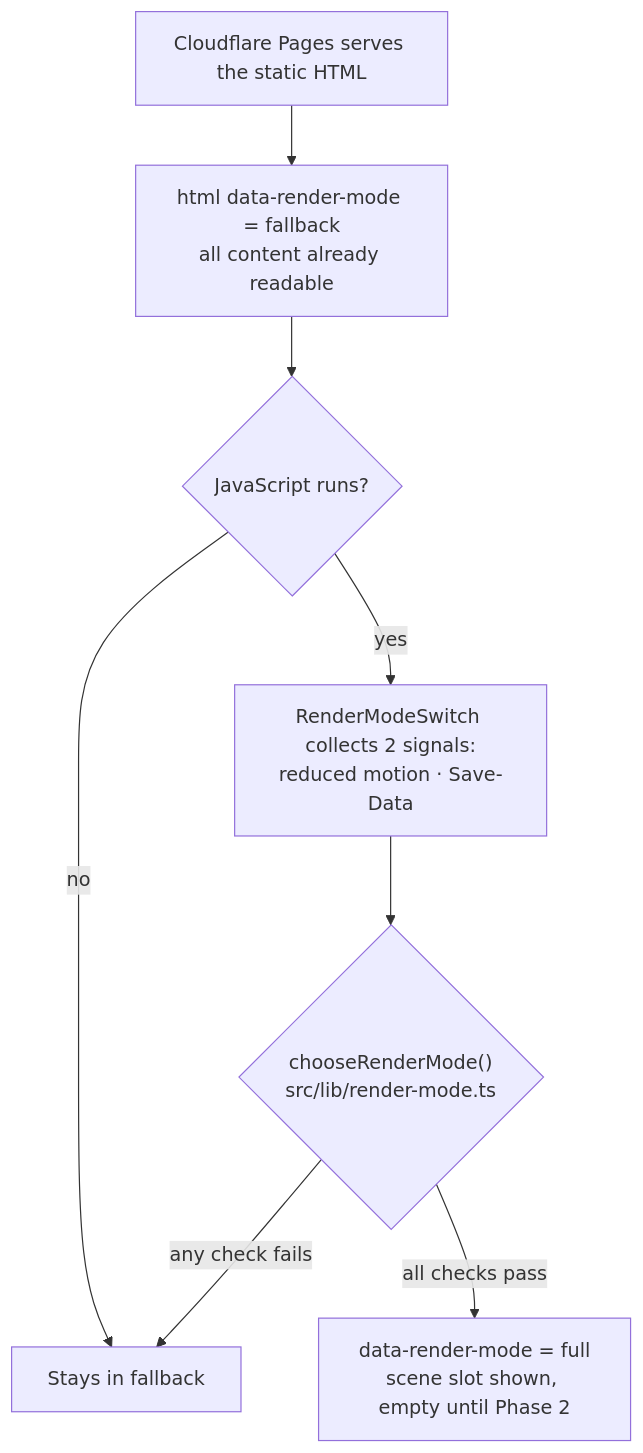
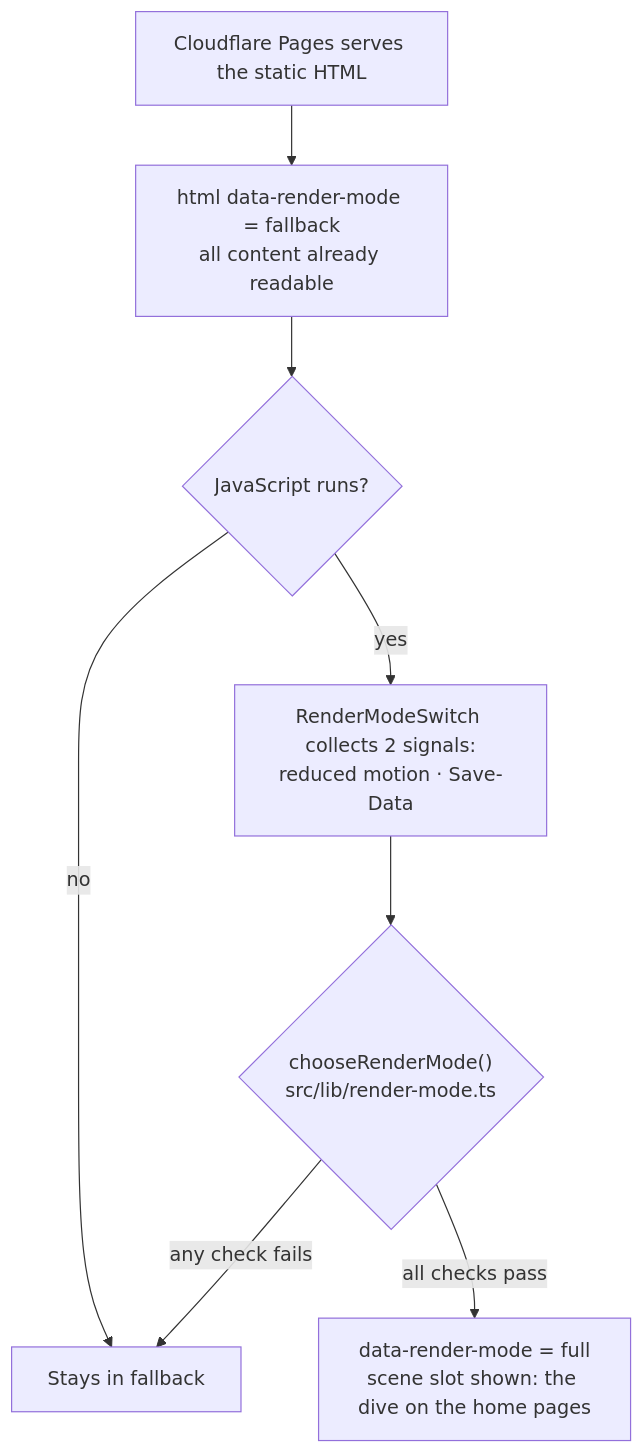
Before and after one commit to Halaszraymond/personal_site: the first of 5 diagrams in docs/architecture.md, drawn with Mermaid. The commit also changed other lines of this file and 31 other files, not shown here.

First line of the commit message:
feat: the dive on the home pages

````diff
--- a/docs/architecture.md
+++ b/docs/architecture.md
@@ -63,10 +63,10 @@
 ```mermaid
 flowchart TD
     A[Cloudflare Pages serves the static HTML] --> B["html data-render-mode = fallback<br/>all content already readable"]
     B --> C{JavaScript runs?}
     C -- no --> F[Stays in fallback]
     C -- yes --> D["RenderModeSwitch collects 2 signals:<br/>reduced motion · Save-Data"]
     D --> E{"chooseRenderMode()<br/>src/lib/render-mode.ts"}
     E -- any check fails --> F
-    E -- all checks pass --> G["data-render-mode = full<br/>scene slot shown, empty until Phase 2"]
+    E -- all checks pass --> G["data-render-mode = full<br/>scene slot shown: the dive on the home pages"]
 ```
````
